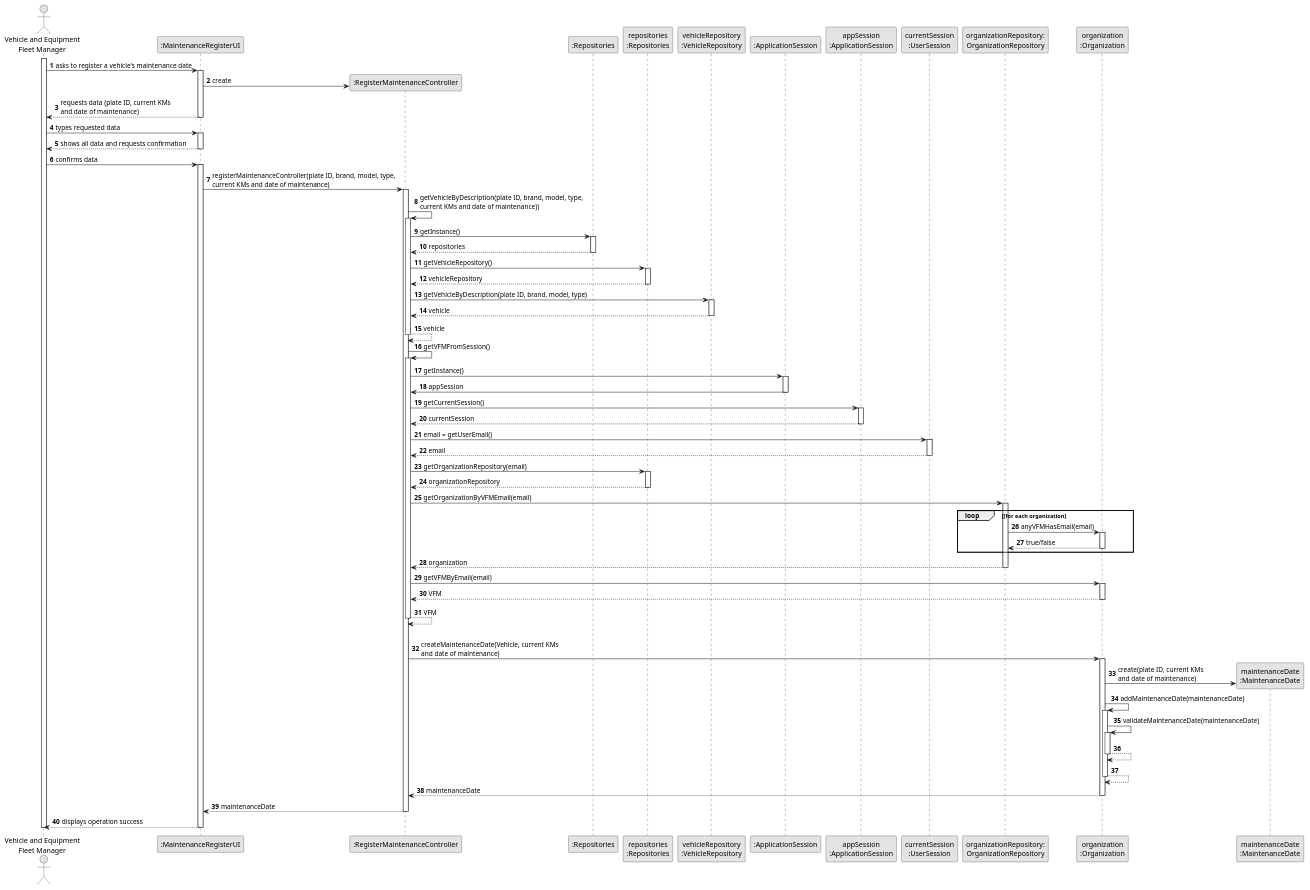
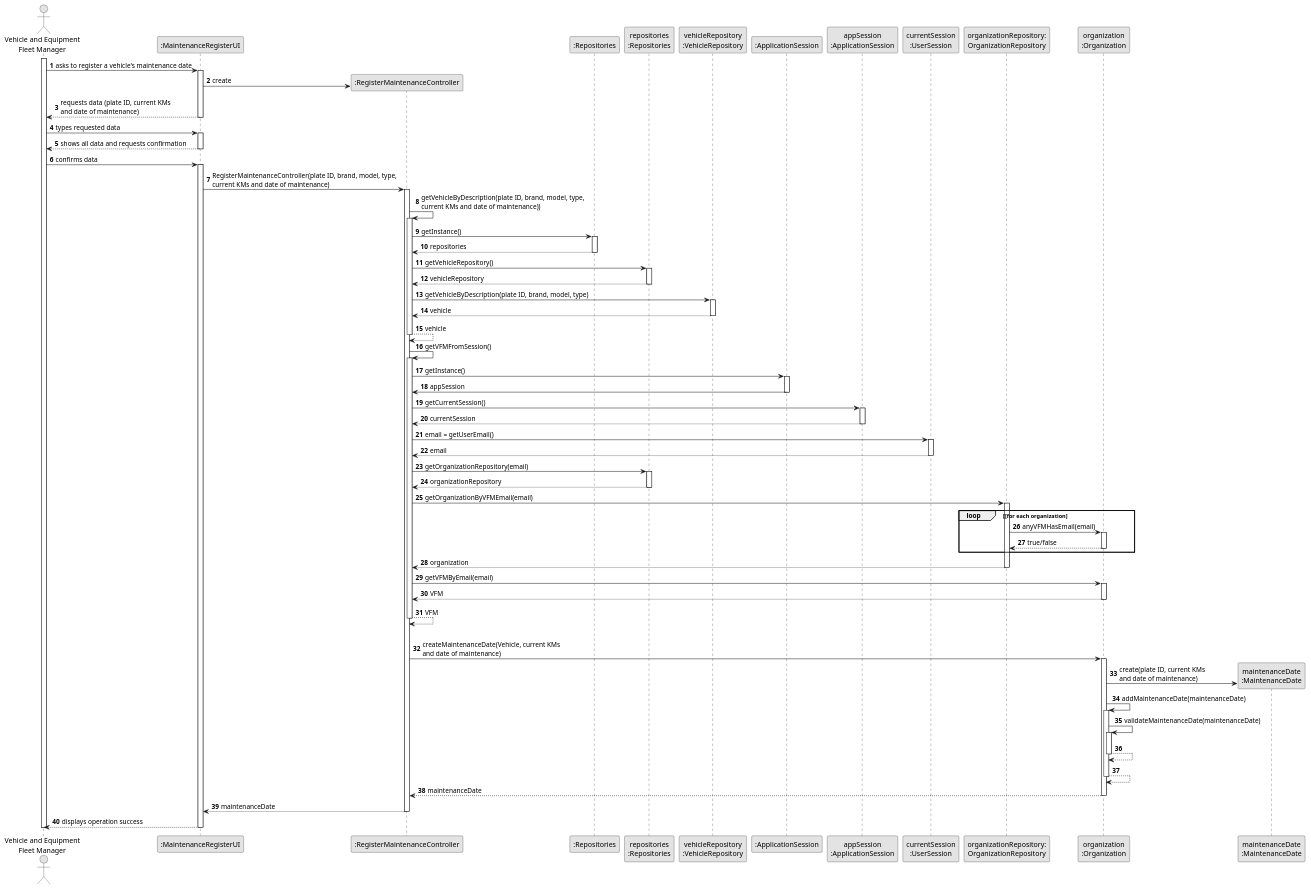
The diagram in docs/sprint2/us007/03.design/puml/us007-sequence-diagram-full.puml (tiagosoa/lei-24-s2-1dgh-g073), drawn with PlantUML before and after one commit. The commit also changed 40 other files, not shown here.

```diff
--- a/docs/sprint2/us007/03.design/puml/us007-sequence-diagram-full.puml
+++ b/docs/sprint2/us007/03.design/puml/us007-sequence-diagram-full.puml
@@ -2,154 +2,154 @@
 @startuml
 skinparam monochrome true
 skinparam packageStyle rectangle
 skinparam shadowing false
 
 autonumber
 
 'hide footbox
 actor "Vehicle and Equipment\nFleet Manager" as VEFL
 participant ":MaintenanceRegisterUI" as UI
 participant ":RegisterMaintenanceController" as RMC
 participant ":Repositories" as RepositorySingleton
 participant ":Repositories" as RepositorySingleton
 participant "repositories\n:Repositories" as PLAT
 participant "vehicleRepository\n:VehicleRepository" as VR
 participant ":ApplicationSession" as _APP
 participant "appSession\n:ApplicationSession" as APP
 participant "currentSession\n:UserSession" as SESSAO
 participant "organizationRepository:\nOrganizationRepository" as OrganizationRepository
 participant "organization\n:Organization" as ORG
 participant "maintenanceDate\n:MaintenanceDate" as DATE
 
 activate VEFL
 
         VEFL -> UI : asks to register a vehicle's maintenance date
 
         activate UI
 
 '            UI --> ADM : requests data (reference, description,  informal \n description, technical description, duration, cost)
             'create CTRL
             UI -> RMC** : create
 
 
 
             UI --> VEFL : requests data (plate ID, current KMs \nand date of maintenance)
         deactivate UI
 
     VEFL -> UI : types requested data
     activate UI
 
         UI --> VEFL : shows all data and requests confirmation
     deactivate UI
 
     VEFL -> UI : confirms data
     activate UI
 
-        UI -> RMC : registerMaintenanceController(plate ID, brand, model, type, \ncurrent KMs and date of maintenance)
+        UI -> RMC : RegisterMaintenanceController(plate ID, brand, model, type, \ncurrent KMs and date of maintenance)
         activate RMC
 
                 RMC -> RMC : getVehicleByDescription(plate ID, brand, model, type, \ncurrent KMs and date of maintenance))
                 activate RMC
 
                     RMC -> RepositorySingleton : getInstance()
                     activate RepositorySingleton
 
                         RepositorySingleton --> RMC: repositories
                     deactivate RepositorySingleton
 
                     RMC -> PLAT : getVehicleRepository()
                     activate PLAT
 
                         PLAT --> RMC : vehicleRepository
                     deactivate PLAT
 
                     RMC -> VR : getVehicleByDescription(plate ID, brand, model, type)
                     activate VR
 
                         VR --> RMC : vehicle
                     deactivate VR
 
                     RMC --> RMC : vehicle
 
                 deactivate RMC
 
                 RMC -> RMC : getVFMFromSession()
                             activate RMC
 
                                 RMC -> _APP: getInstance()
                                 activate _APP
                                     _APP -> RMC: appSession
                                 deactivate _APP
 
 
                                 RMC -> APP: getCurrentSession()
                                 activate APP
 
                                     APP --> RMC: currentSession
                                 deactivate APP
 
                                 RMC -> SESSAO: email = getUserEmail()
                                 activate SESSAO
 
                                     SESSAO --> RMC: email
                                 deactivate SESSAO
 
 
                                 RMC -> PLAT: getOrganizationRepository(email)
                                 activate PLAT
 
                                     PLAT --> RMC: organizationRepository
                                 deactivate PLAT
 
 
                                 RMC -> OrganizationRepository: getOrganizationByVFMEmail(email)
                                 activate OrganizationRepository
 
                                     loop [for each organization
                                         OrganizationRepository -> ORG : anyVFMHasEmail(email)
                                         activate ORG
 
                                              ORG --> OrganizationRepository : true/false
                                         deactivate ORG
                                     end
                                     OrganizationRepository --> RMC : organization
                                 deactivate OrganizationRepository
 
                                 RMC -> ORG: getVFMByEmail(email)
                                 activate ORG
 
                                     ORG --> RMC : VFM
                                 deactivate ORG
 
                                 RMC --> RMC : VFM
                             deactivate RMC
 
             |||
             RMC -> ORG: createMaintenanceDate(Vehicle, current KMs \nand date of maintenance)
             activate ORG
 
                 ORG -> DATE**: create(plate ID, current KMs \nand date of maintenance)
                 ORG -> ORG: addMaintenanceDate(maintenanceDate)
 
 
                 activate ORG
                     ORG -> ORG: validateMaintenanceDate(maintenanceDate)
                     activate ORG
                         ORG --> ORG
                     deactivate ORG
 
                     ORG --> ORG
                 deactivate ORG
 
                 ORG --> RMC : maintenanceDate
 
             deactivate ORG
 
             RMC --> UI: maintenanceDate
         deactivate RMC
             UI --> VEFL: displays operation success
     deactivate UI
 
 deactivate VEFL
 
 @enduml
```
